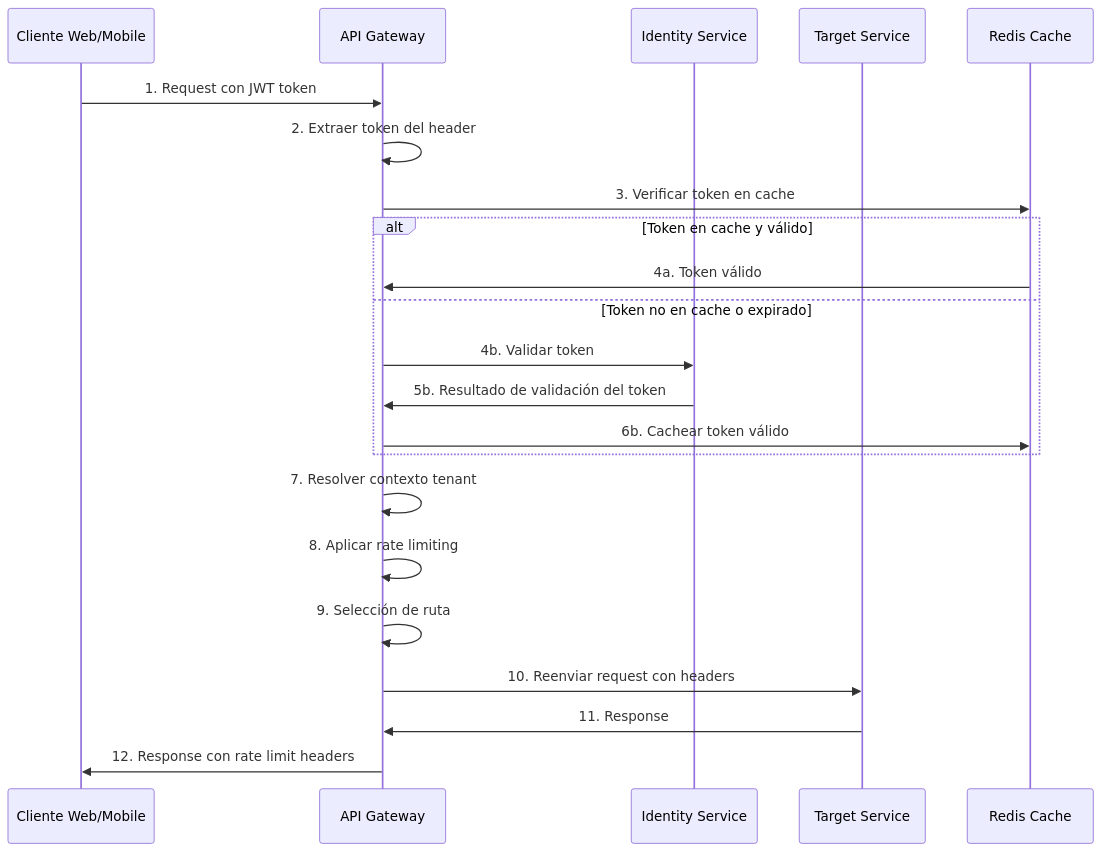
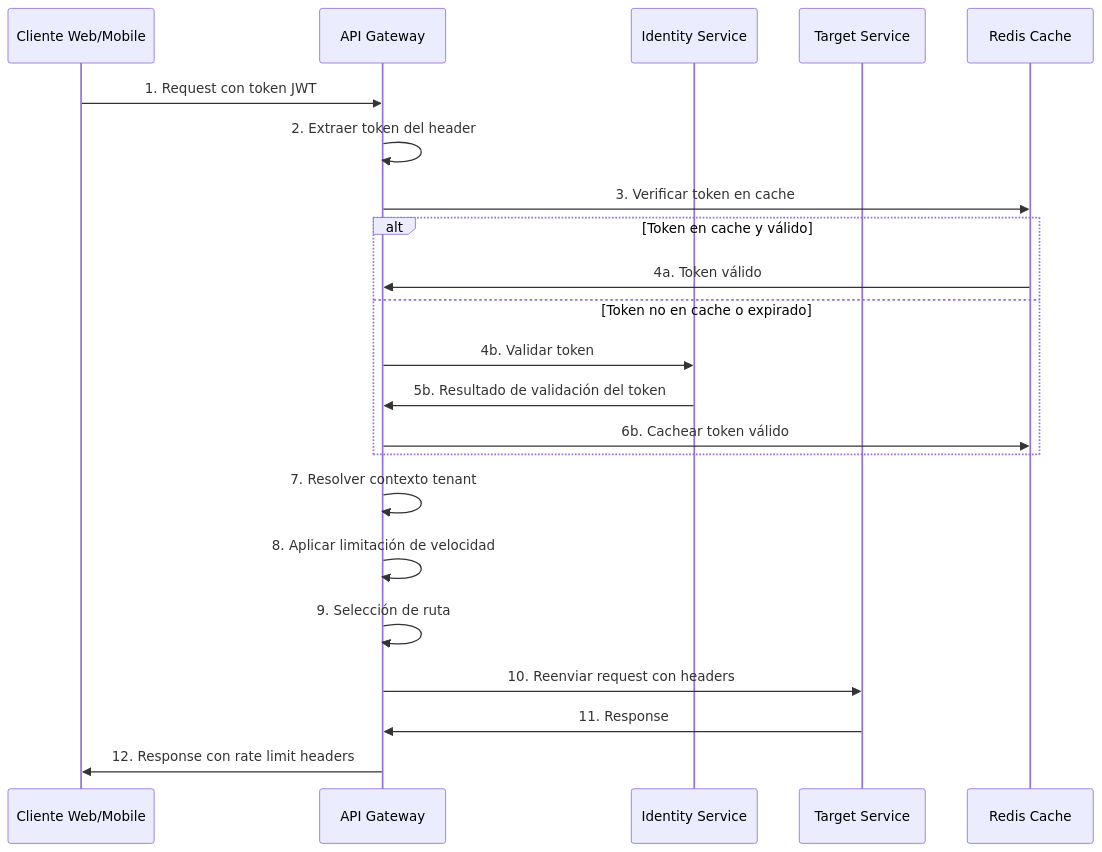
Before and after one commit to jclemente-tlm/tlm-arq-servicios-corporativos: the first of 11 diagrams in docs/api-gateway/06-vista-tiempo-ejecucion.md, drawn with Mermaid. The commit also changed other lines of this file and 69 other files, not shown here.

````diff
--- a/docs/api-gateway/06-vista-tiempo-ejecucion.md
+++ b/docs/api-gateway/06-vista-tiempo-ejecucion.md
@@ -7,27 +7,27 @@
 ```mermaid
 sequenceDiagram
     participant Client as Cliente Web/Mobile
     participant Gateway as API Gateway
     participant Auth as Identity Service
     participant Service as Target Service
     participant Redis as Redis Cache
 
-    Client->>Gateway: 1. Request con JWT token
+    Client->>Gateway: 1. Request con token JWT
     Gateway->>Gateway: 2. Extraer token del header
     Gateway->>Redis: 3. Verificar token en cache
 
     alt Token en cache y válido
         Redis->>Gateway: 4a. Token válido
     else Token no en cache o expirado
         Gateway->>Auth: 4b. Validar token
         Auth->>Gateway: 5b. Resultado de validación del token
         Gateway->>Redis: 6b. Cachear token válido
     end
 
     Gateway->>Gateway: 7. Resolver contexto tenant
-    Gateway->>Gateway: 8. Aplicar rate limiting
+    Gateway->>Gateway: 8. Aplicar limitación de velocidad
     Gateway->>Gateway: 9. Selección de ruta
     Gateway->>Service: 10. Reenviar request con headers
     Service->>Gateway: 11. Response
     Gateway->>Client: 12. Response con rate limit headers
 ```
````
